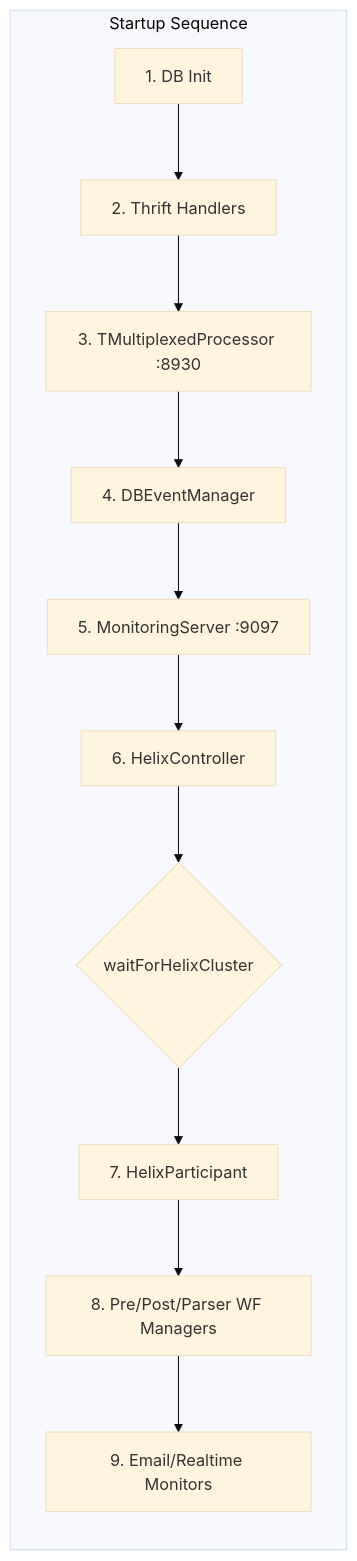
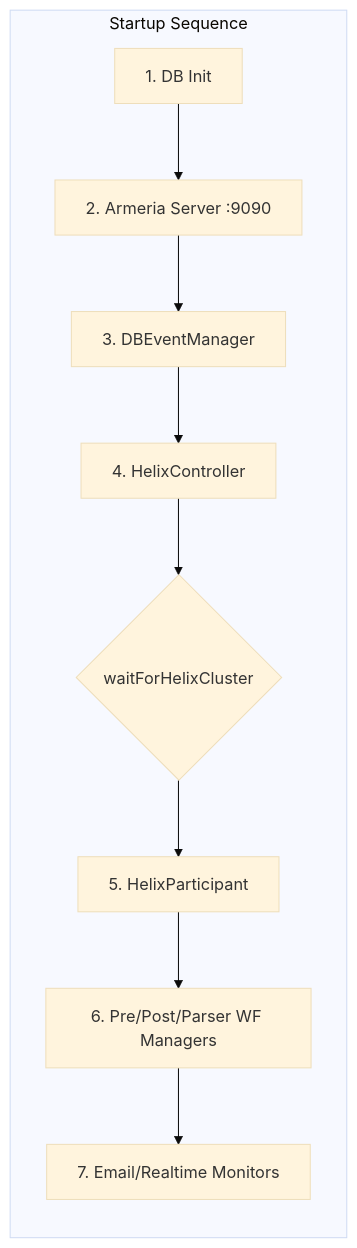
One commit to apache/airavata changed the third of 3 diagrams in README.md. Above: the diagram before and after it, drawn with Mermaid (base theme). The commit also changed other lines of this file and 2216 other files, not shown here.

````diff
--- a/README.md
+++ b/README.md
@@ -176,15 +153,13 @@
 ```mermaid
 graph LR
     subgraph "Startup Sequence"
         direction TB
-        A[1. DB Init] --> B[2. Thrift Handlers]
-        B --> C[3. TMultiplexedProcessor :8930]
-        C --> D[4. DBEventManager]
-        D --> E[5. MonitoringServer :9097]
-        E --> F[6. HelixController]
-        F --> G{waitForHelixCluster}
-        G --> H[7. HelixParticipant]
-        H --> I[8. Pre/Post/Parser WF Managers]
-        I --> J[9. Email/Realtime Monitors]
+        A[1. DB Init] --> B[2. Armeria Server :9090]
+        B --> C[3. DBEventManager]
+        C --> D[4. HelixController]
+        D --> E{waitForHelixCluster}
+        E --> F[5. HelixParticipant]
+        F --> G[6. Pre/Post/Parser WF Managers]
+        G --> H[7. Email/Realtime Monitors]
     end
 ```
````
